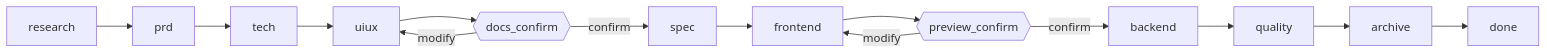
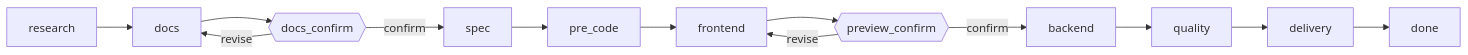
Before and after one commit to KkOma-value/spec-dev-skill: the diagram in README.md, drawn with Mermaid. The commit also changed other lines of this file and 22 other files, not shown here.

Commit message:
feat: align spec-dev governed delivery flow

````diff
--- a/README.md
+++ b/README.md
@@ -53,16 +7,15 @@
 ```mermaid
 flowchart LR
-  A[research] --> B[prd]
-  B --> C[tech]
-  C --> D[uiux]
-  D --> E{{docs_confirm}}
-  E -->|confirm| F[spec]
-  E -->|modify| D
-  F --> G[frontend]
-  G --> H{{preview_confirm}}
-  H -->|confirm| I[backend]
-  H -->|modify| G
-  I --> J[quality]
-  J --> K[archive]
-  K --> L[done]
+  A[research] --> B[docs]
+  B --> C{{docs_confirm}}
+  C -->|confirm| D[spec]
+  C -->|revise| B
+  D --> E[pre_code]
+  E --> F[frontend]
+  F --> G{{preview_confirm}}
+  G -->|confirm| H[backend]
+  G -->|revise| F
+  H --> I[quality]
+  I --> J[delivery]
+  J --> K[done]
 ```
````
